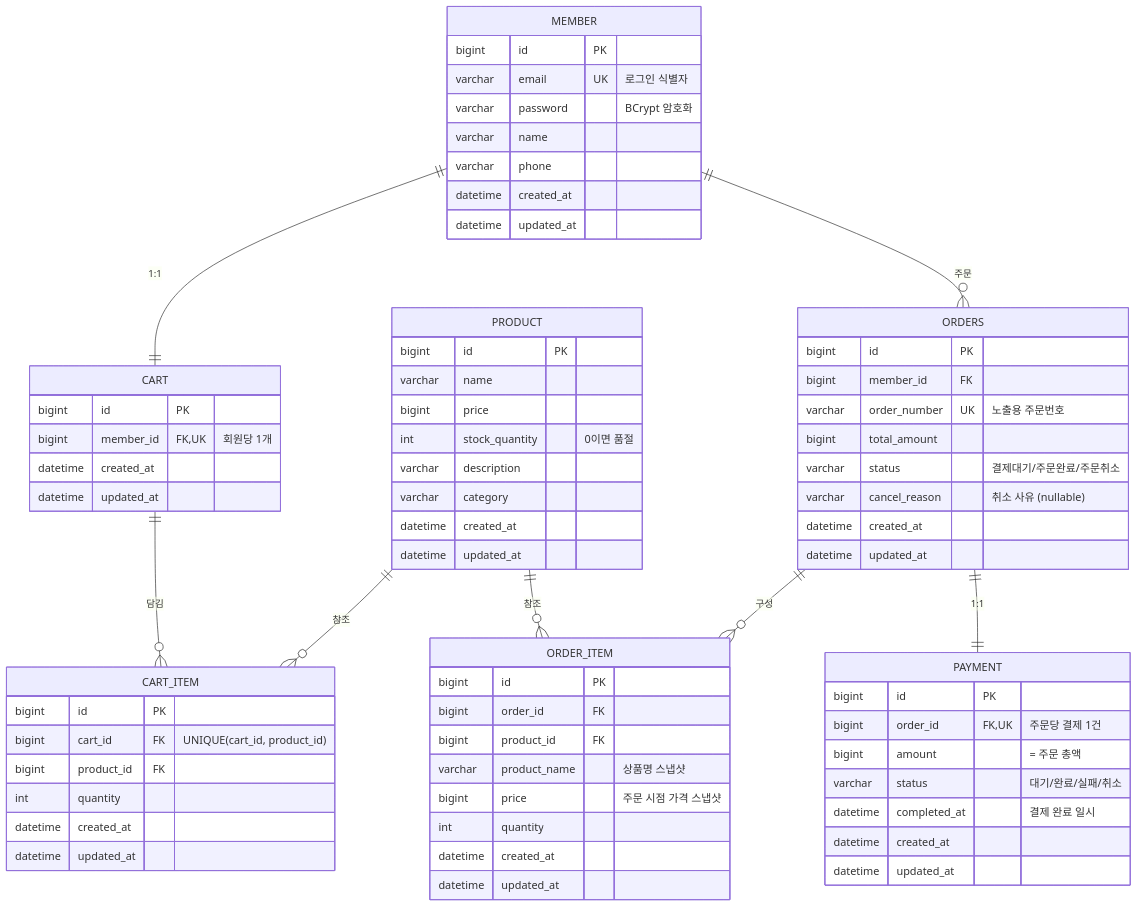
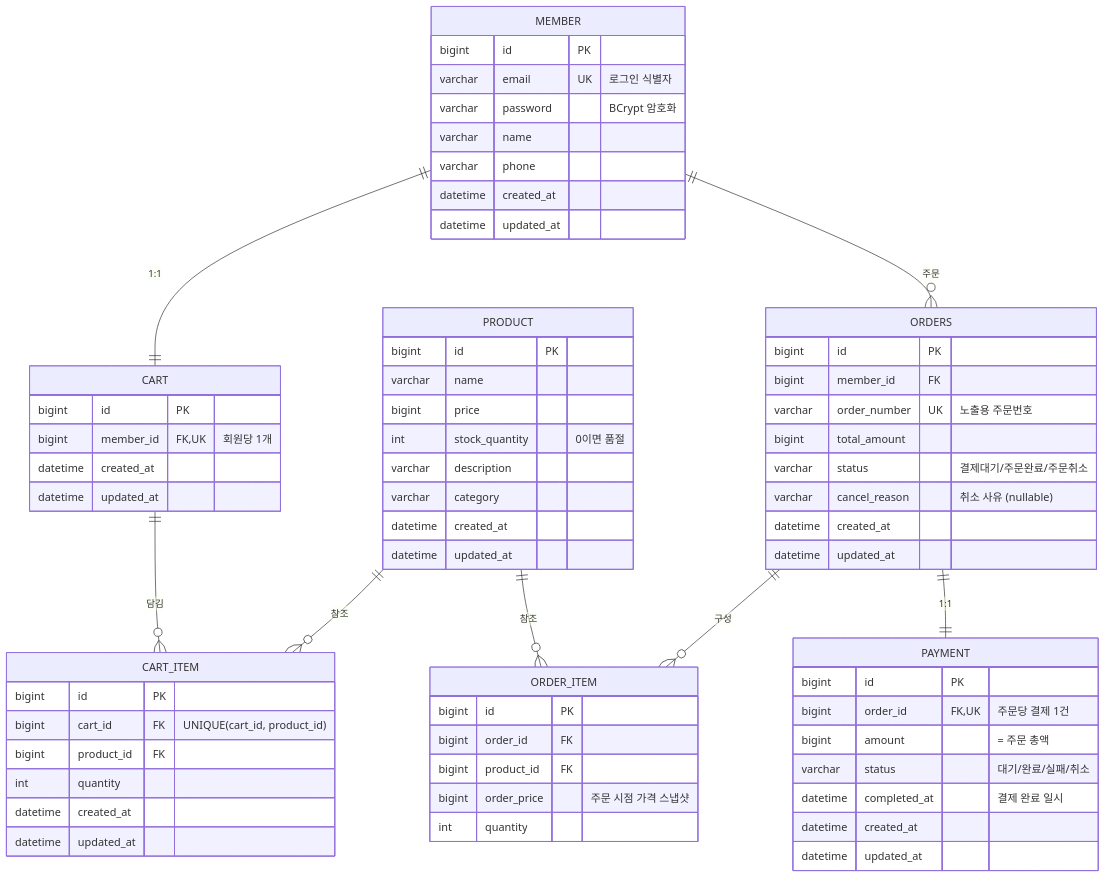
The first of 2 diagrams in README.md (commerce-basic-1team/commerce-basic), drawn with Mermaid before and after one commit. The commit also changed other lines of this file, not shown here.

````diff
--- a/README.md
+++ b/README.md
@@ -39,79 +39,76 @@
 ```mermaid
 erDiagram
     MEMBER ||--|| CART : "1:1"
     MEMBER ||--o{ ORDERS : "주문"
     CART ||--o{ CART_ITEM : "담김"
     PRODUCT ||--o{ CART_ITEM : "참조"
     PRODUCT ||--o{ ORDER_ITEM : "참조"
     ORDERS ||--o{ ORDER_ITEM : "구성"
     ORDERS ||--|| PAYMENT : "1:1"
 
     MEMBER {
         bigint id PK
         varchar email UK "로그인 식별자"
         varchar password "BCrypt 암호화"
         varchar name
         varchar phone
         datetime created_at
         datetime updated_at
     }
 
     PRODUCT {
         bigint id PK
         varchar name
         bigint price
         int stock_quantity "0이면 품절"
         varchar description
         varchar category
         datetime created_at
         datetime updated_at
     }
 
     CART {
         bigint id PK
         bigint member_id FK,UK "회원당 1개"
         datetime created_at
         datetime updated_at
     }
 
     CART_ITEM {
         bigint id PK
         bigint cart_id FK "UNIQUE(cart_id, product_id)"
         bigint product_id FK
         int quantity
         datetime created_at
         datetime updated_at
     }
 
     ORDERS {
         bigint id PK
         bigint member_id FK
         varchar order_number UK "노출용 주문번호"
         bigint total_amount
         varchar status "결제대기/주문완료/주문취소"
         varchar cancel_reason "취소 사유 (nullable)"
         datetime created_at
         datetime updated_at
     }
 
     ORDER_ITEM {
         bigint id PK
         bigint order_id FK
         bigint product_id FK
-        varchar product_name "상품명 스냅샷"
-        bigint price "주문 시점 가격 스냅샷"
+        bigint order_price "주문 시점 가격 스냅샷"
         int quantity
-        datetime created_at
-        datetime updated_at
     }
 
     PAYMENT {
         bigint id PK
         bigint order_id FK,UK "주문당 결제 1건"
         bigint amount "= 주문 총액"
         varchar status "대기/완료/실패/취소"
         datetime completed_at "결제 완료 일시"
         datetime created_at
         datetime updated_at
     }
 ```
````
